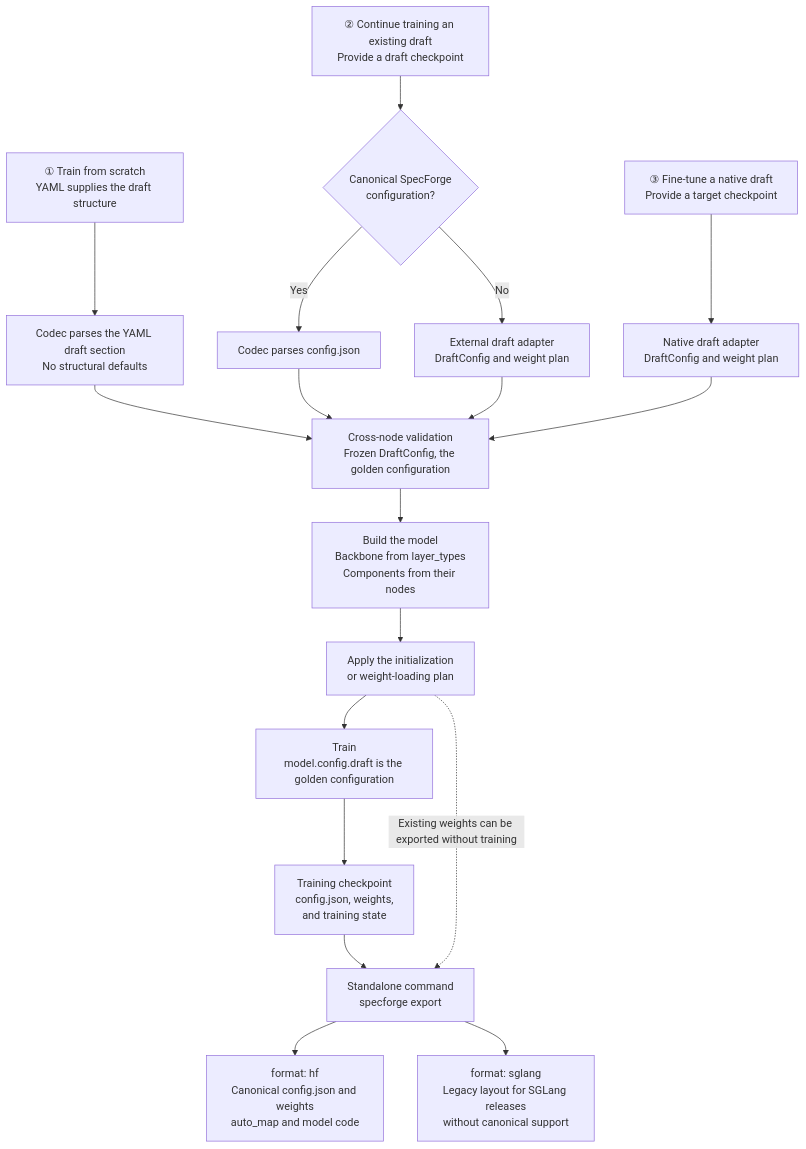
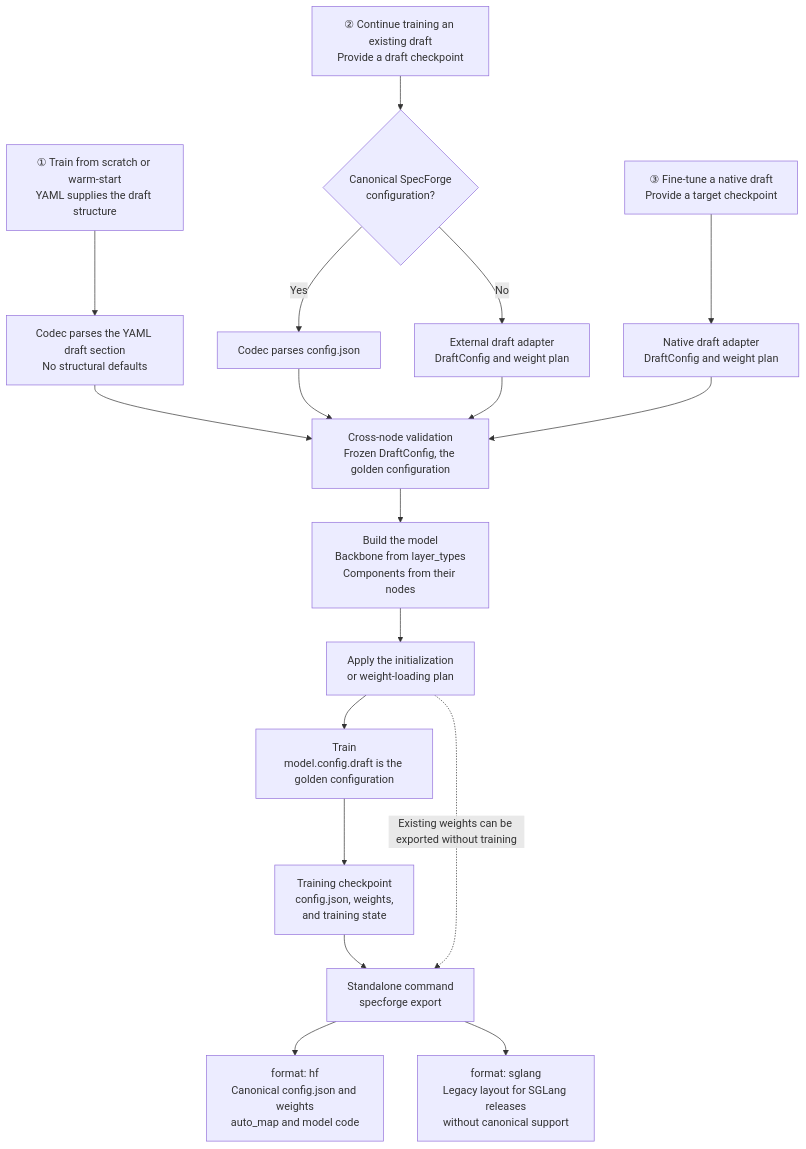
The first of 2 diagrams in docs/config_usage_graph-eng.md (sgl-project/SpecForge), drawn with Mermaid before and after one commit. The commit also changed other lines of this file and 1 other file, not shown here.

````diff
--- a/docs/config_usage_graph-eng.md
+++ b/docs/config_usage_graph-eng.md
@@ -15,27 +16,27 @@
 ```mermaid
 flowchart TB
-    A["① Train from scratch<br/>YAML supplies the draft structure"]
+    A["① Train from scratch or warm-start<br/>YAML supplies the draft structure"]
     B["② Continue training an existing draft<br/>Provide a draft checkpoint"]
     C["③ Fine-tune a native draft<br/>Provide a target checkpoint"]
 
     A --> A1["Codec parses the YAML draft section<br/>No structural defaults"]
     B --> B1{"Canonical SpecForge<br/>configuration?"}
     B1 -->|Yes| B2["Codec parses config.json"]
     B1 -->|No| B3["External draft adapter<br/>DraftConfig and weight plan"]
     C --> C1["Native draft adapter<br/>DraftConfig and weight plan"]
 
     A1 --> D["Cross-node validation<br/>Frozen DraftConfig, the golden configuration"]
     B2 --> D
     B3 --> D
     C1 --> D
 
     D --> E["Build the model<br/>Backbone from layer_types<br/>Components from their nodes"]
     E --> F["Apply the initialization<br/>or weight-loading plan"]
     F --> G["Train<br/>model.config.draft is the golden configuration"]
     G --> H["Training checkpoint<br/>config.json, weights,<br/>and training state"]
 
     H --> I["Standalone command<br/>specforge export"]
     F -. "Existing weights can be exported without training" .-> I
     I --> J["format: hf<br/>Canonical config.json and weights<br/>auto_map and model code"]
     I --> K["format: sglang<br/>Legacy layout for SGLang releases<br/>without canonical support"]
 ```
````
